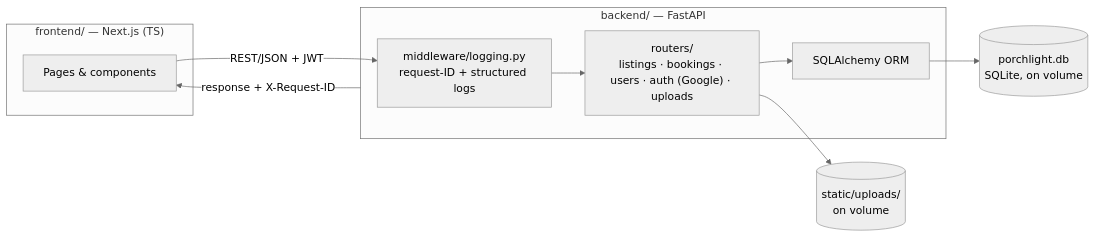
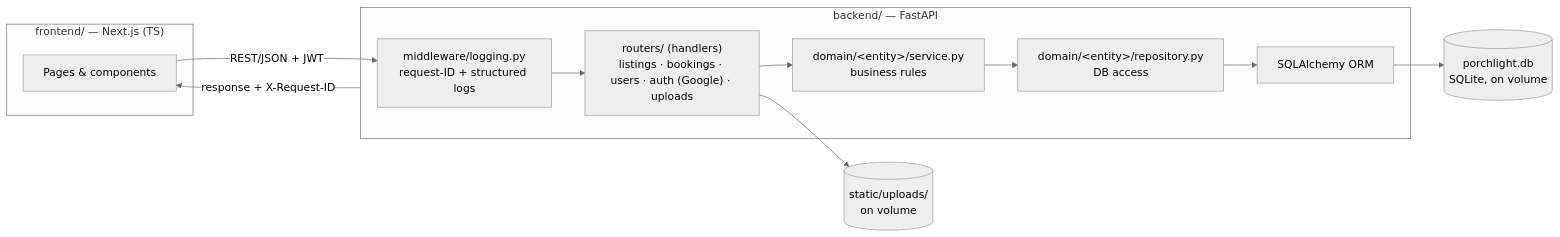
The diagram in .docs/ARCHITECTURE.md (Killer545537/porchlight), drawn with Mermaid (neutral theme) before and after one commit. The commit also changed other lines of this file and 24 other files, not shown here.

````diff
--- a/.docs/ARCHITECTURE.md
+++ b/.docs/ARCHITECTURE.md
@@ -11,21 +11,23 @@
 ```mermaid
 flowchart LR
     subgraph FE["frontend/ — Next.js (TS)"]
         UI[Pages & components]
     end
 
     subgraph BE["backend/ — FastAPI"]
         MW["middleware/logging.py<br/>request-ID + structured logs"]
-        R["routers/<br/>listings · bookings · users · auth (Google) · uploads"]
+        R["routers/ (handlers)<br/>listings · bookings · users · auth (Google) · uploads"]
+        SVC["domain/&lt;entity&gt;/service.py<br/>business rules"]
+        REPO["domain/&lt;entity&gt;/repository.py<br/>DB access"]
         ORM[SQLAlchemy ORM]
-        MW --> R --> ORM
+        MW --> R --> SVC --> REPO --> ORM
     end
 
     DB[("porchlight.db<br/>SQLite, on volume")]
     FS[("static/uploads/<br/>on volume")]
 
     UI -- "REST/JSON + JWT" --> MW
     BE -- "response + X-Request-ID" --> UI
     ORM --> DB
     R --> FS
 ```
````
